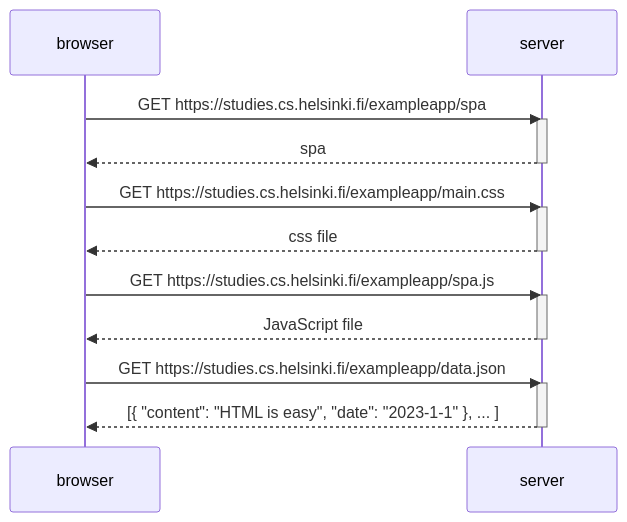
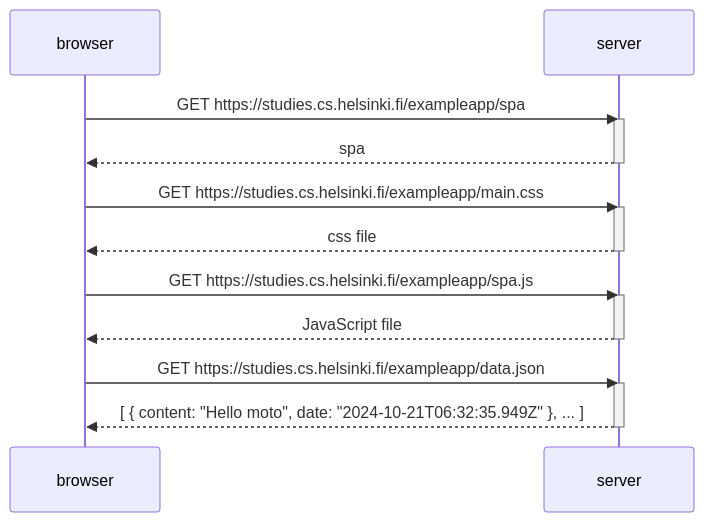
The diagram in 05.md (dzulis/JuliaJedrzejek4c), drawn with Mermaid before and after one commit. The commit also changed 3 other files, not shown here.

````diff
--- a/05.md
+++ b/05.md
@@ -1,25 +1,25 @@
-:::mermaid
+```mermaid
 sequenceDiagram
     participant browser
     participant server
 
     browser->>server: GET https://studies.cs.helsinki.fi/exampleapp/spa
     activate server
     server-->>browser: spa
     deactivate server
 
     browser->>server: GET https://studies.cs.helsinki.fi/exampleapp/main.css
     activate server
     server-->>browser: css file
     deactivate server
 
     browser->>server: GET https://studies.cs.helsinki.fi/exampleapp/spa.js
     activate server
     server-->>browser: JavaScript file
     deactivate server
 
     browser->>server: GET https://studies.cs.helsinki.fi/exampleapp/data.json
     activate server
-    server-->>browser: [{ "content": "HTML is easy", "date": "2023-1-1" }, ... ]
+    server-->>browser: [ { content: "Hello moto", date: "2024-10-21T06:32:35.949Z" }, ... ]
     deactivate server  
-:::
+```
````
